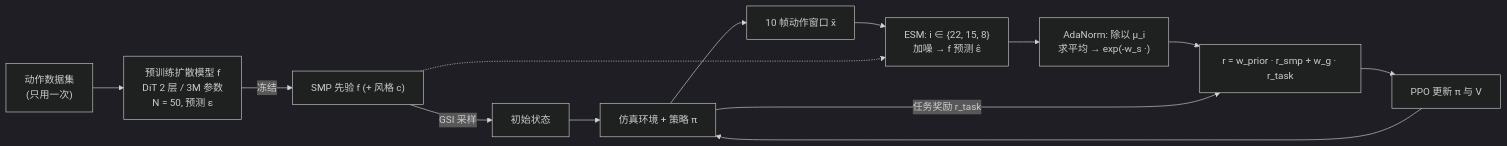
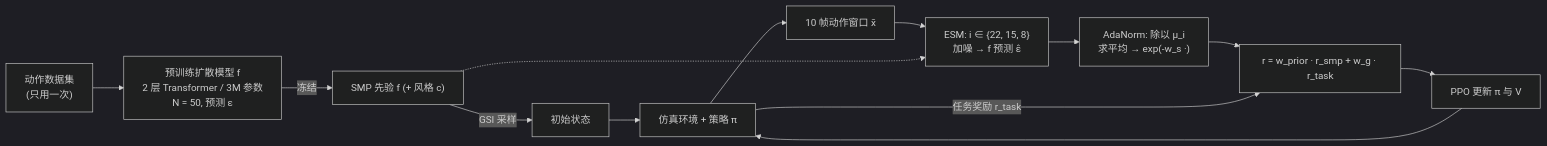
Before and after one commit to ImChong/Robot_Learning_Paper_Notebooks: the first of 4 diagrams in papers/01_Foundational_RL/SMP_Reusable_Score-Matching_Motion_Priors/SMP_Reusable_Score-Matching_Motion_Priors.md, drawn with Mermaid (dark theme). The commit also changed other lines of this file and 9 other files, not shown here.

```diff
--- a/papers/01_Foundational_RL/SMP_Reusable_Score-Matching_Motion_Priors/SMP_Reusable_Score-Matching_Motion_Priors.md
+++ b/papers/01_Foundational_RL/SMP_Reusable_Score-Matching_Motion_Priors/SMP_Reusable_Score-Matching_Motion_Priors.md
@@ -309,15 +314,15 @@
 <div class="mermaid">
 flowchart LR
-    D["动作数据集<br/>(只用一次)"] --> P["预训练扩散模型 f<br/>DiT 2 层 / 3M 参数<br/>N = 50, 预测 ε"]
+    D["动作数据集<br/>(只用一次)"] --> P["预训练扩散模型 f<br/>2 层 Transformer / 3M 参数<br/>N = 50, 预测 ε"]
     P -->|"冻结"| F["SMP 先验 f (+ 风格 c)"]
     F -->|"GSI 采样"| I["初始状态"]
     I --> E["仿真环境 + 策略 π"]
     E --> W["10 帧动作窗口 x̃"]
     W --> S["ESM: i ∈ {22, 15, 8}<br/>加噪 → f 预测 ε̂"]
     F -.-> S
     S --> N["AdaNorm: 除以 μ_i<br/>求平均 → exp(-w_s ·)"]
     N --> R["r = w_prior · r_smp + w_g · r_task"]
     E -->|"任务奖励 r_task"| R
     R --> U["PPO 更新 π 与 V"]
     U --> E
 </div>
```
